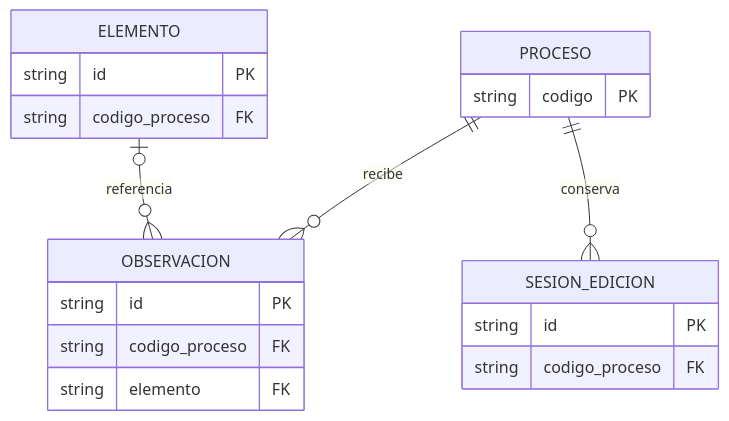
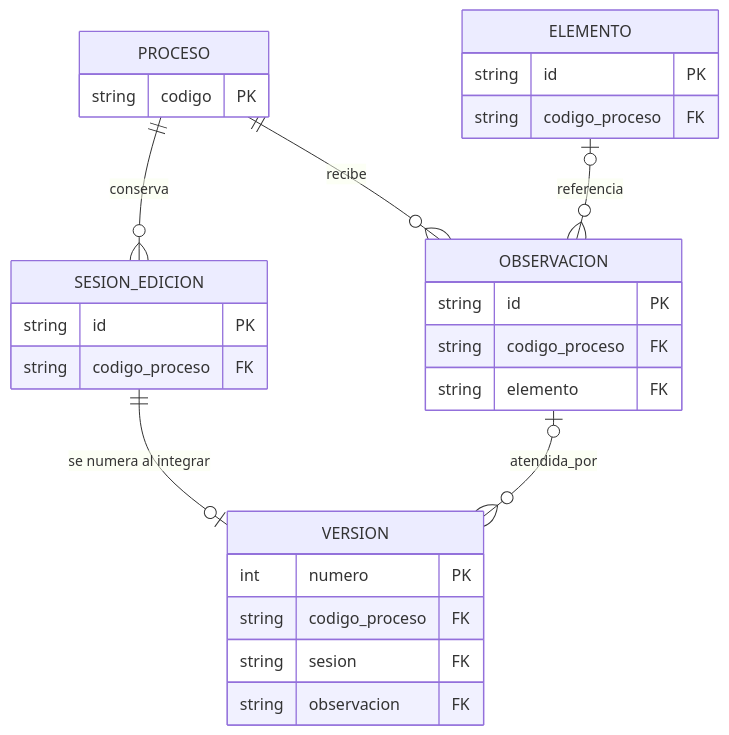
The diagram in 05-herramientas/gestor-modelos/docs/modelo-datos.md (benjy2976/modelado-procesos), drawn with Mermaid before and after one commit. The commit also changed other lines of this file and 26 other files, not shown here.

````diff
--- a/05-herramientas/gestor-modelos/docs/modelo-datos.md
+++ b/05-herramientas/gestor-modelos/docs/modelo-datos.md
@@ -18,22 +18,30 @@
 ```mermaid
 erDiagram
     PROCESO ||--o{ OBSERVACION : recibe
     ELEMENTO |o--o{ OBSERVACION : referencia
     PROCESO ||--o{ SESION_EDICION : conserva
+    SESION_EDICION ||--o| VERSION : "se numera al integrar"
+    OBSERVACION |o--o{ VERSION : atendida_por
     PROCESO {
         string codigo PK
     }
     ELEMENTO {
         string id PK
         string codigo_proceso FK
     }
     OBSERVACION {
         string id PK
         string codigo_proceso FK
         string elemento FK
     }
     SESION_EDICION {
         string id PK
         string codigo_proceso FK
     }
+    VERSION {
+        int numero PK
+        string codigo_proceso FK
+        string sesion FK
+        string observacion FK
+    }
 ```
````
